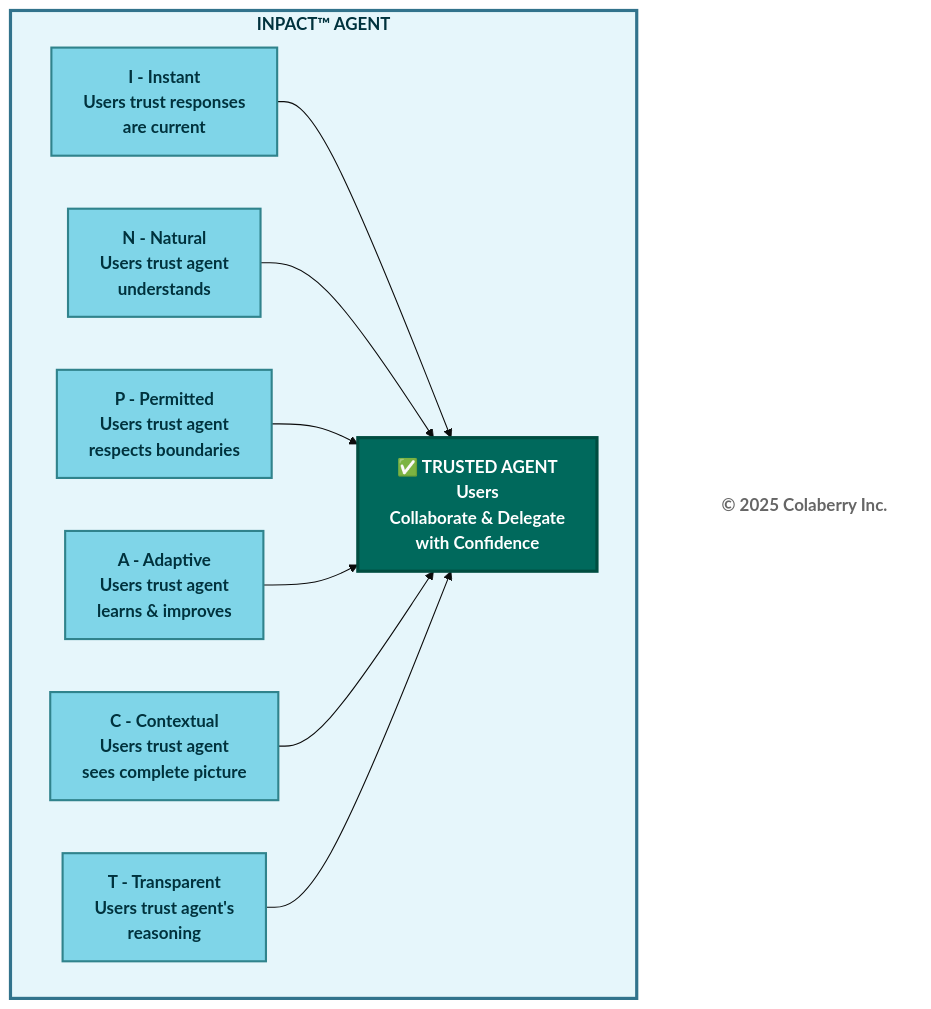
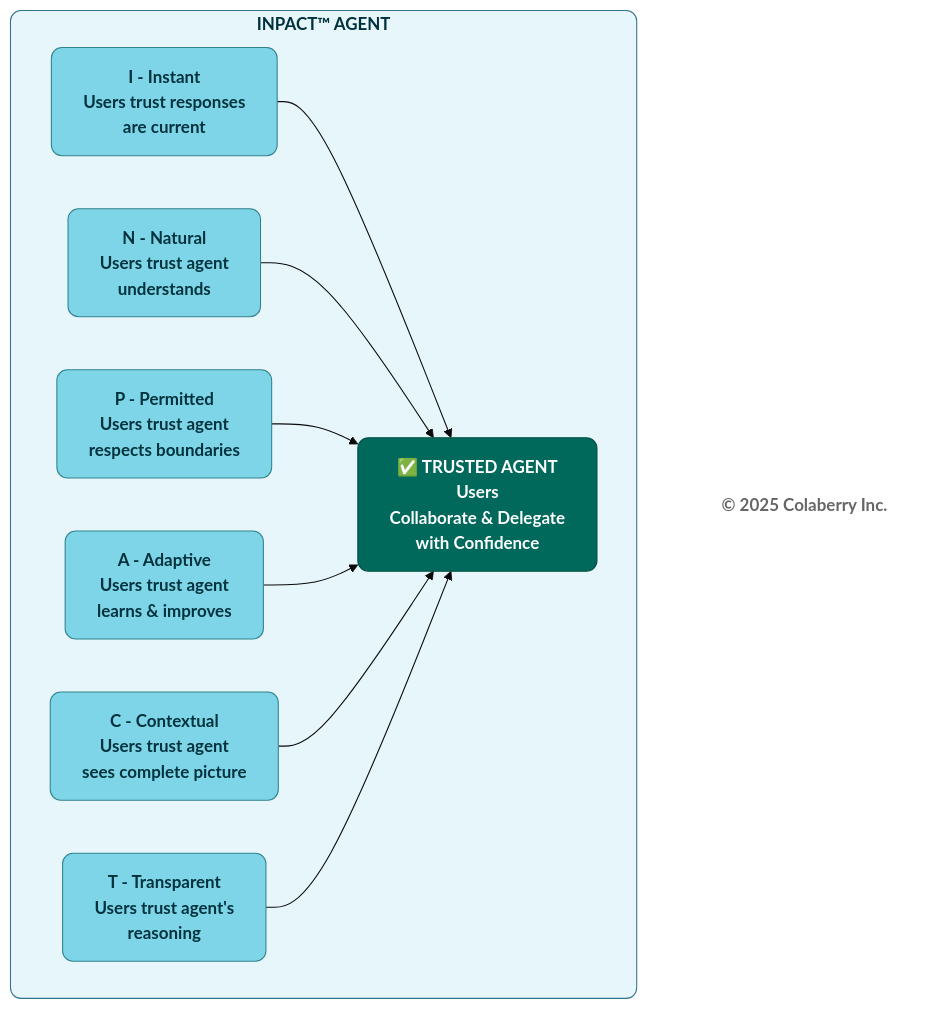
Before and after one commit to colaberry/trust-before-intelligence-book: the fourth of 12 diagrams in manuscript/03_chapter_2_inpact_framework.md, drawn with Mermaid (base theme). The commit also changed other lines of this file and 12 other files, not shown here.

````diff
--- a/manuscript/03_chapter_2_inpact_framework.md
+++ b/manuscript/03_chapter_2_inpact_framework.md
@@ -229,34 +229,34 @@
 ```mermaid
 graph TB
     subgraph BOX["<b>INPACT™ AGENT</b>"]
         I["<b>I - Instant</b><br/><b>Users trust responses<br/> are current</b>"]
         N["<b>N - Natural</b><br/><b>Users trust agent<br/> understands</b>"]
         P["<b>P - Permitted</b><br/><b>Users trust agent<br/> respects boundaries</b>"]
         A["<b>A - Adaptive</b><br/><b>Users trust agent<br/> learns & improves</b>"]
         C["<b>C - Contextual</b><br/><b>Users trust agent<br/> sees complete picture</b>"]
         T["<b>T - Transparent</b><br/><b>Users trust agent's<br/> reasoning</b>"]
         
         TRUST["<b>✅ TRUSTED AGENT</b><br/><b>Users<br/> Collaborate & Delegate<br/> with Confidence</b>"]
         
         I --> TRUST
         N --> TRUST
         P --> TRUST
         A --> TRUST
         C --> TRUST
         T --> TRUST
     end
     
     COPYRIGHT["<b>© 2025 Colaberry Inc.</b>"]
     
-    style BOX fill:#E6F6FB,stroke:#32738C,stroke-width:3px,color:#00323D
-    style I fill:#7FD5E8,stroke:#30838C,stroke-width:2px,color:#00323D
-    style N fill:#7FD5E8,stroke:#30838C,stroke-width:2px,color:#00323D
-    style P fill:#7FD5E8,stroke:#30838C,stroke-width:2px,color:#00323D
-    style A fill:#7FD5E8,stroke:#30838C,stroke-width:2px,color:#00323D
-    style C fill:#7FD5E8,stroke:#30838C,stroke-width:2px,color:#00323D
-    style T fill:#7FD5E8,stroke:#30838C,stroke-width:2px,color:#00323D
+    style BOX fill:#E6F6FB,stroke:#32738C,stroke-width:1px,color:#00323D,rx:10,ry:10
+    style I fill:#7FD5E8,stroke:#30838C,stroke-width:1px,color:#00323D,rx:10,ry:10
+    style N fill:#7FD5E8,stroke:#30838C,stroke-width:1px,color:#00323D,rx:10,ry:10
+    style P fill:#7FD5E8,stroke:#30838C,stroke-width:1px,color:#00323D,rx:10,ry:10
+    style A fill:#7FD5E8,stroke:#30838C,stroke-width:1px,color:#00323D,rx:10,ry:10
+    style C fill:#7FD5E8,stroke:#30838C,stroke-width:1px,color:#00323D,rx:10,ry:10
+    style T fill:#7FD5E8,stroke:#30838C,stroke-width:1px,color:#00323D,rx:10,ry:10
     
-    style TRUST fill:#00695c,color:#ffffff,stroke:#004d40,stroke-width:3px
+    style TRUST fill:#00695c,color:#ffffff,stroke:#004d40,stroke-width:1px,rx:10,ry:10
     
-    style COPYRIGHT fill:#ffffff,stroke:none,color:#666666
+    style COPYRIGHT fill:none,stroke:none,color:#666666
 ```
````
